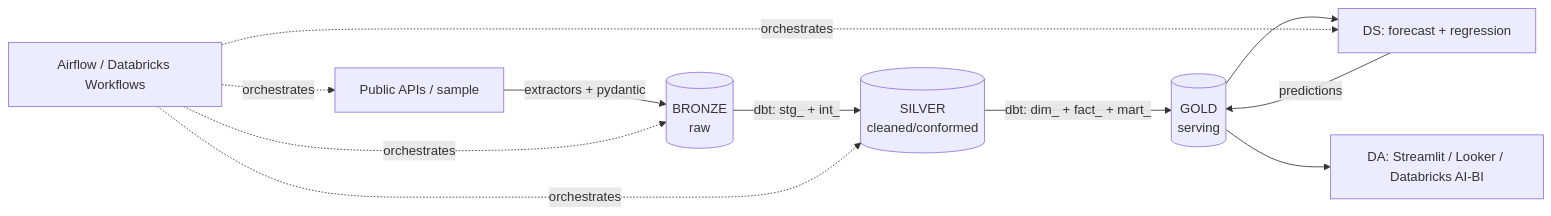
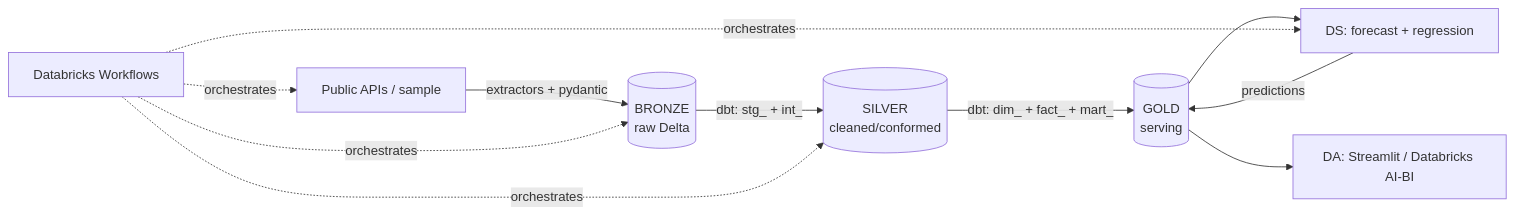
One commit to kyo-skykim/airhealth-miniproject changed the diagram in README.md. Above: the diagram before and after it, drawn with Mermaid. The commit also changed other lines of this file and 19 other files, not shown here.

````diff
--- a/README.md
+++ b/README.md
@@ -22,10 +18,10 @@
 ```mermaid
 flowchart LR
-    A[Public APIs / sample] -->|extractors + pydantic| B[(BRONZE<br/>raw)]
+    A[Public APIs / sample] -->|extractors + pydantic| B[(BRONZE<br/>raw Delta)]
     B -->|dbt: stg_ + int_| C[(SILVER<br/>cleaned/conformed)]
     C -->|dbt: dim_ + fact_ + mart_| D[(GOLD<br/>serving)]
     D --> E[DS: forecast + regression]
     E -->|predictions| D
-    D --> F[DA: Streamlit / Looker / Databricks AI-BI]
-    G[Airflow / Databricks Workflows] -. orchestrates .-> A & B & C & E
+    D --> F[DA: Streamlit / Databricks AI-BI]
+    G[Databricks Workflows] -. orchestrates .-> A & B & C & E
 ```
````
